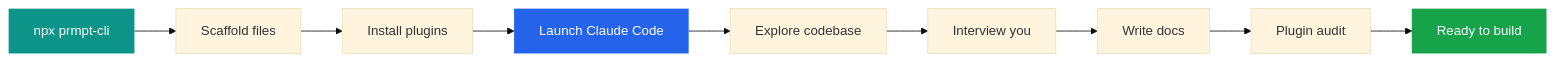
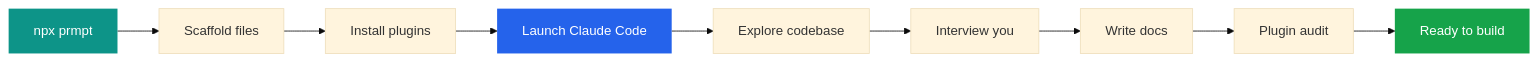
The first of 3 diagrams in README.md (jaqubowsky/prmpt), drawn with Mermaid (base theme) before and after one commit. The commit also changed other lines of this file and 9 other files, not shown here.

Commit message:
fix: npx prmpt everywhere, remove figma from default plugins

````diff
--- a/README.md
+++ b/README.md
@@ -33,15 +33,15 @@
 ```mermaid
 graph LR
-    A[npx prmpt-cli] --> B[Scaffold files]
+    A[npx prmpt] --> B[Scaffold files]
     B --> C[Install plugins]
     C --> D[Launch Claude Code]
     D --> E[Explore codebase]
     E --> F[Interview you]
     F --> G[Write docs]
     G --> H[Plugin audit]
     H --> I[Ready to build]
 
     style A fill:#0d9488,color:#fff,stroke:none
     style D fill:#2563eb,color:#fff,stroke:none
     style I fill:#16a34a,color:#fff,stroke:none
 ```
````
